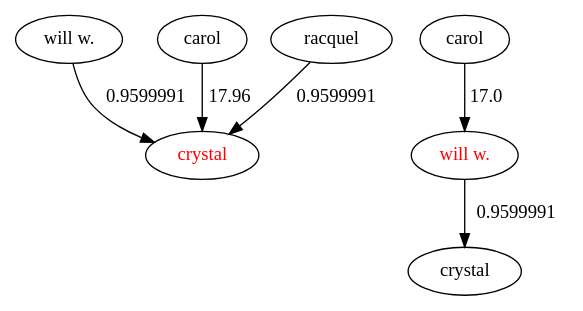
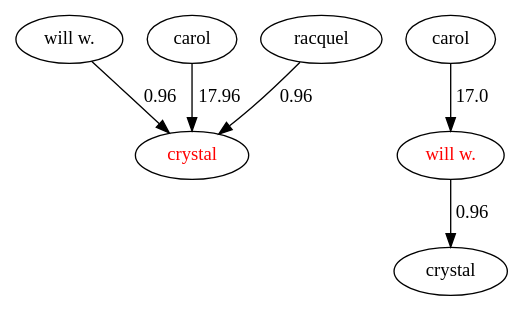
The diagram in output.dot (willywwang/CPSC-410-Project-1), drawn with Graphviz before and after one commit. The commit also changed 4 other files, not shown here.

```diff
--- a/output.dot
+++ b/output.dot
@@ -1,19 +1,19 @@
 digraph G{
 1 [label = "will w."];
 0 [label = "crystal"];
-1->0 [label = "0.9599991"];
+1->0 [label = "0.96"];
 3 [label = "carol"];
 0 [label = "crystal"];
 3->0 [label = "17.96"];
 5 [label = "racquel"];
 0 [label = "crystal"];
-5->0 [label = "0.9599991"];
+5->0 [label = "0.96"];
 0 [fontcolor = "red"];
 7 [label = "carol"];
 6 [label = "will w."];
 7->6 [label = "17.0"];
 6 [label = "will w."];
 9 [label = "crystal"];
-6->9 [label = "0.9599991"];
+6->9 [label = "0.96"];
 6 [fontcolor = "red"];
 }
```
